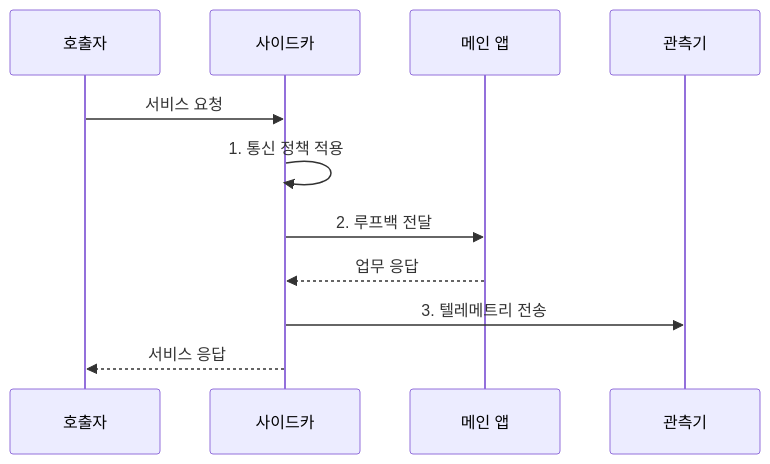
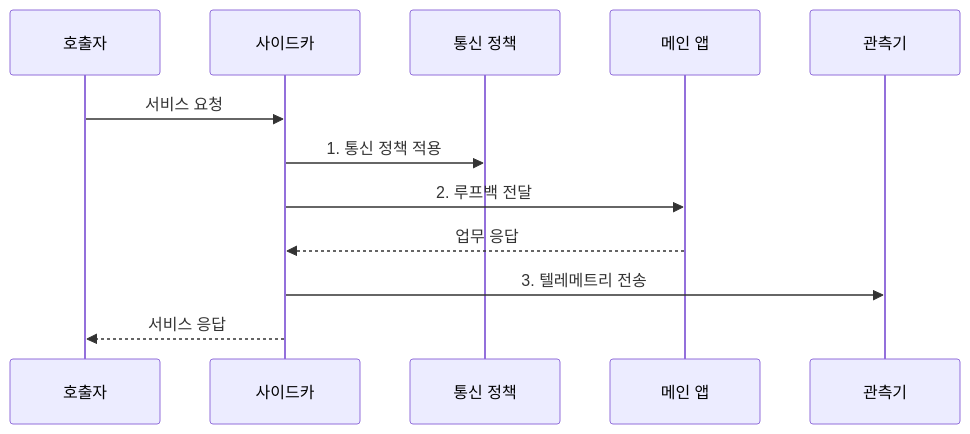
The second of 2 diagrams in src/content/docs/notes/03-software/218_sidecar_pattern.md (agnusdei1207/knowledge-base), drawn with Mermaid before and after one commit. The commit also changed other lines of this file and 14 other files, not shown here.

````diff
--- a/src/content/docs/notes/03-software/218_sidecar_pattern.md
+++ b/src/content/docs/notes/03-software/218_sidecar_pattern.md
@@ -104,13 +104,14 @@
 ```mermaid
 sequenceDiagram
     participant C as 호출자
     participant S as 사이드카
+    participant P as 통신 정책
     participant M as 메인 앱
     participant O as 관측기
     C->>S: 서비스 요청
-    S->>S: 1. 통신 정책 적용
+    S->>P: 1. 통신 정책 적용
     S->>M: 2. 루프백 전달
     M-->>S: 업무 응답
     S->>O: 3. 텔레메트리 전송
     S-->>C: 서비스 응답
 ```
````
